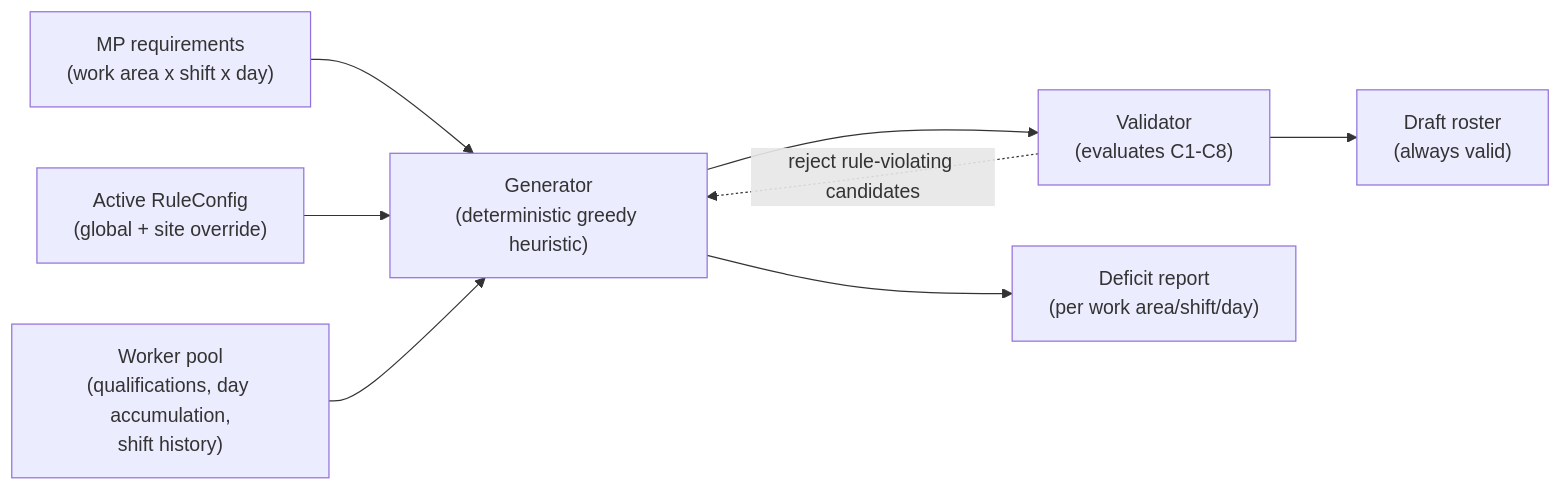
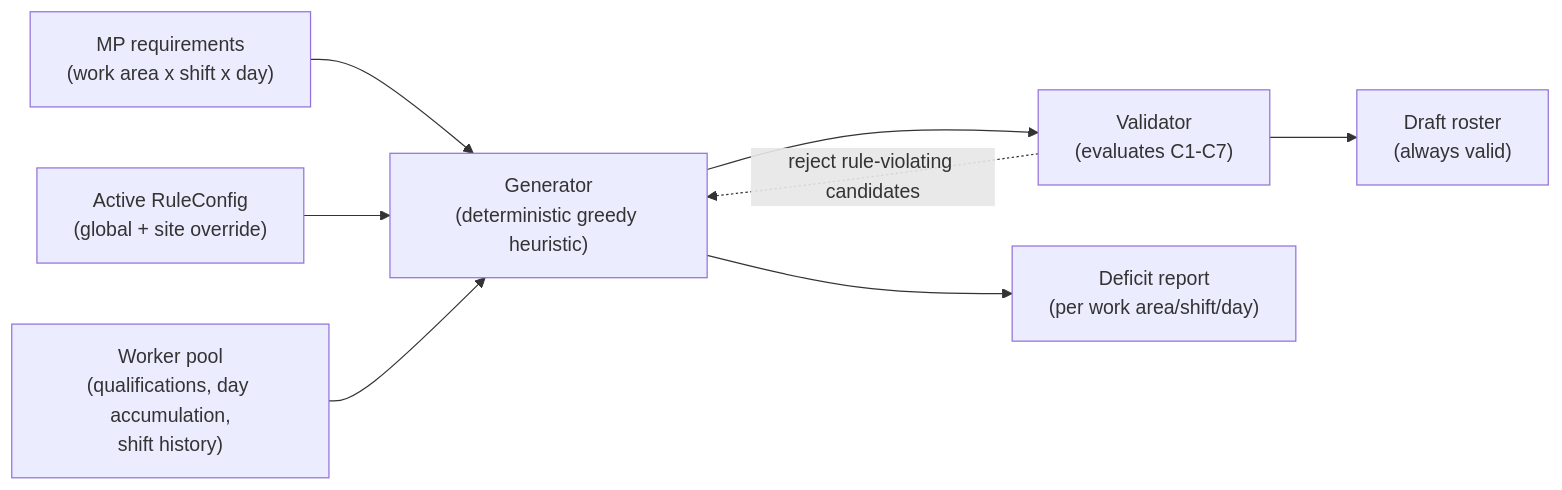
Before and after one commit to XOIntern/Shiftly: the third of 5 diagrams in docs/architecture.md, drawn with Mermaid. The commit also changed other lines of this file, not shown here.

````diff
--- a/docs/architecture.md
+++ b/docs/architecture.md
@@ -145,19 +145,19 @@
 ```mermaid
 graph LR
     REQIN["MP requirements<br/>(work area x shift x day)"]
     CFG["Active RuleConfig<br/>(global + site override)"]
     W["Worker pool<br/>(qualifications, day accumulation,<br/>shift history)"]
 
     GEN["Generator<br/>(deterministic greedy heuristic)"]
-    VAL["Validator<br/>(evaluates C1-C8)"]
+    VAL["Validator<br/>(evaluates C1-C7)"]
     DRAFT["Draft roster<br/>(always valid)"]
     DEF["Deficit report<br/>(per work area/shift/day)"]
 
     REQIN --> GEN
     CFG --> GEN
     W --> GEN
     GEN --> VAL
     VAL --> DRAFT
     GEN --> DEF
     VAL -.->|"reject rule-violating candidates"| GEN
 ```
````
